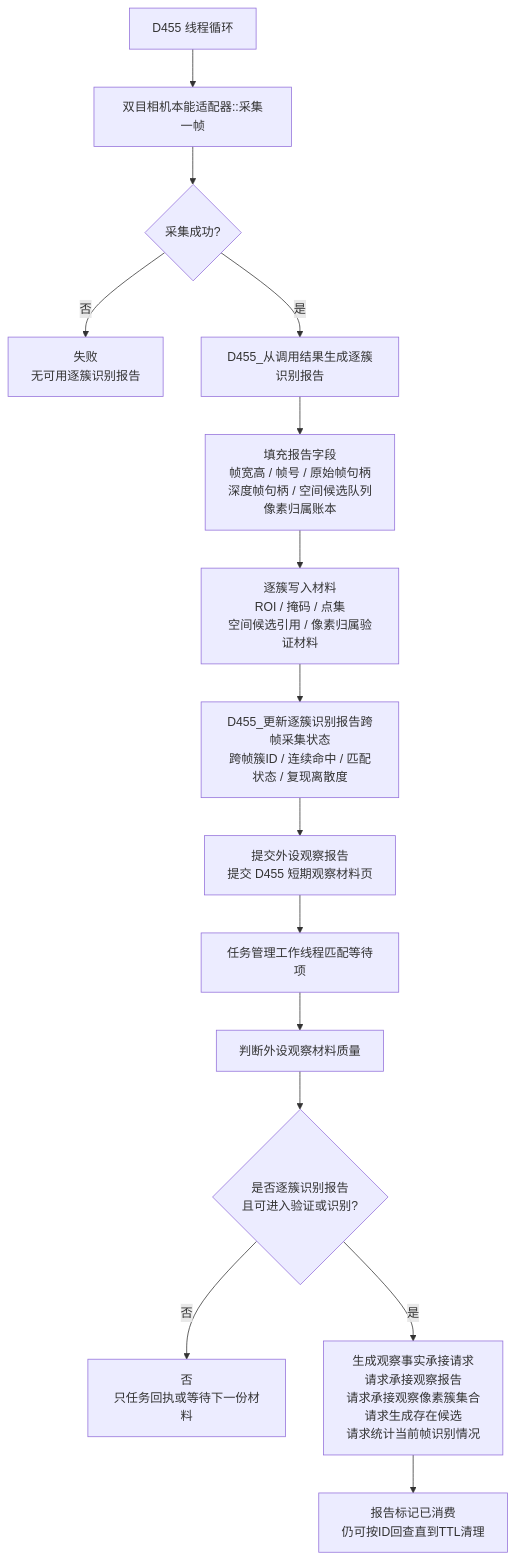
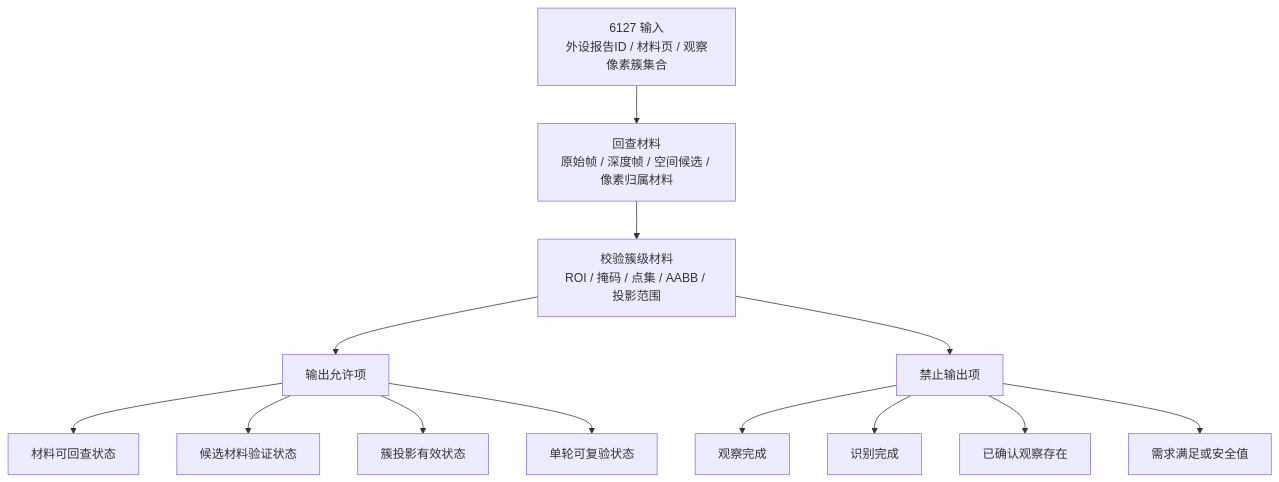
The second of 7 diagrams in 流程图/当前_本能方法_识别内部实现逻辑流程图.md (chunhaizh-cyber/Birthplace-of-digital-civilization), drawn with Mermaid before and after one commit. The commit also changed other lines of this file and 67 other files, not shown here.

````diff
--- a/流程图/当前_本能方法_识别内部实现逻辑流程图.md
+++ b/流程图/当前_本能方法_识别内部实现逻辑流程图.md
@@ -121,24 +105,27 @@
 ```mermaid
 flowchart TD
-    A["D455 线程循环"]
-    B["双目相机本能适配器::采集一帧"]
-    C{"采集成功?"}
-    C0["失败<br/>无可用逐簇识别报告"]
-    D["D455_从调用结果生成逐簇识别报告"]
-    E["填充报告字段<br/>帧宽高 / 帧号 / 原始帧句柄<br/>深度帧句柄 / 空间候选队列<br/>像素归属账本"]
-    F["逐簇写入材料<br/>ROI / 掩码 / 点集<br/>空间候选引用 / 像素归属验证材料"]
-    G["D455_更新逐簇识别报告跨帧采集状态<br/>跨帧簇ID / 连续命中 / 匹配状态 / 复现离散度"]
-    H["提交外设观察报告<br/>提交 D455 短期观察材料页"]
-    I["任务管理工作线程匹配等待项"]
-    J["判断外设观察材料质量"]
-    K{"是否逐簇识别报告<br/>且可进入验证或识别?"}
-    K0["否<br/>只任务回执或等待下一份材料"]
-    L["生成观察事实承接请求<br/>请求承接观察报告<br/>请求承接观察像素簇集合<br/>请求生成存在候选<br/>请求统计当前帧识别情况"]
-    M["报告标记已消费<br/>仍可按ID回查直到TTL清理"]
+    A["6127 输入<br/>外设报告ID / 材料页 / 观察像素簇集合"]
+    B["回查材料<br/>原始帧 / 深度帧 / 空间候选 / 像素归属材料"]
+    C["校验簇级材料<br/>ROI / 掩码 / 点集 / AABB / 投影范围"]
+    D["输出允许项"]
+    D1["材料可回查状态"]
+    D2["候选材料验证状态"]
+    D3["簇投影有效状态"]
+    D4["单轮可复验状态"]
+    E["禁止输出项"]
+    E1["观察完成"]
+    E2["识别完成"]
+    E3["已确认观察存在"]
+    E4["需求满足或安全值"]
 
-    A --> B --> C
-    C -->|"否"| C0
-    C -->|"是"| D --> E --> F --> G --> H --> I --> J --> K
-    K -->|"否"| K0
-    K -->|"是"| L --> M
+    A --> B --> C --> D
+    D --> D1
+    D --> D2
+    D --> D3
+    D --> D4
+    C --> E
+    E --> E1
+    E --> E2
+    E --> E3
+    E --> E4
 ```
````
